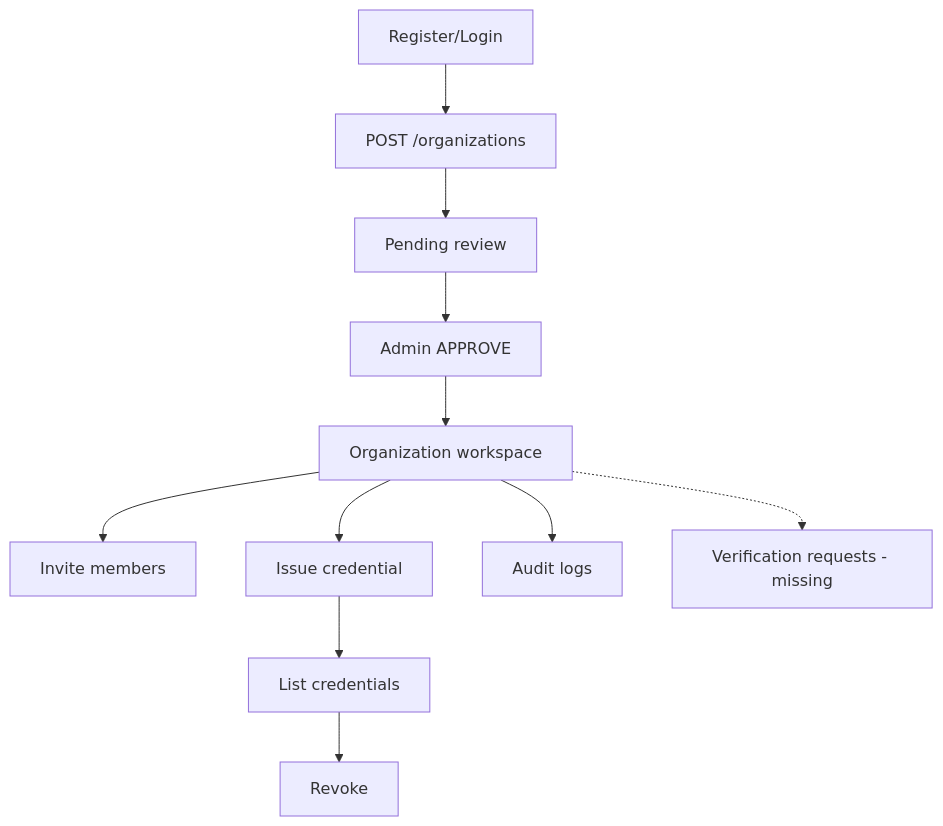
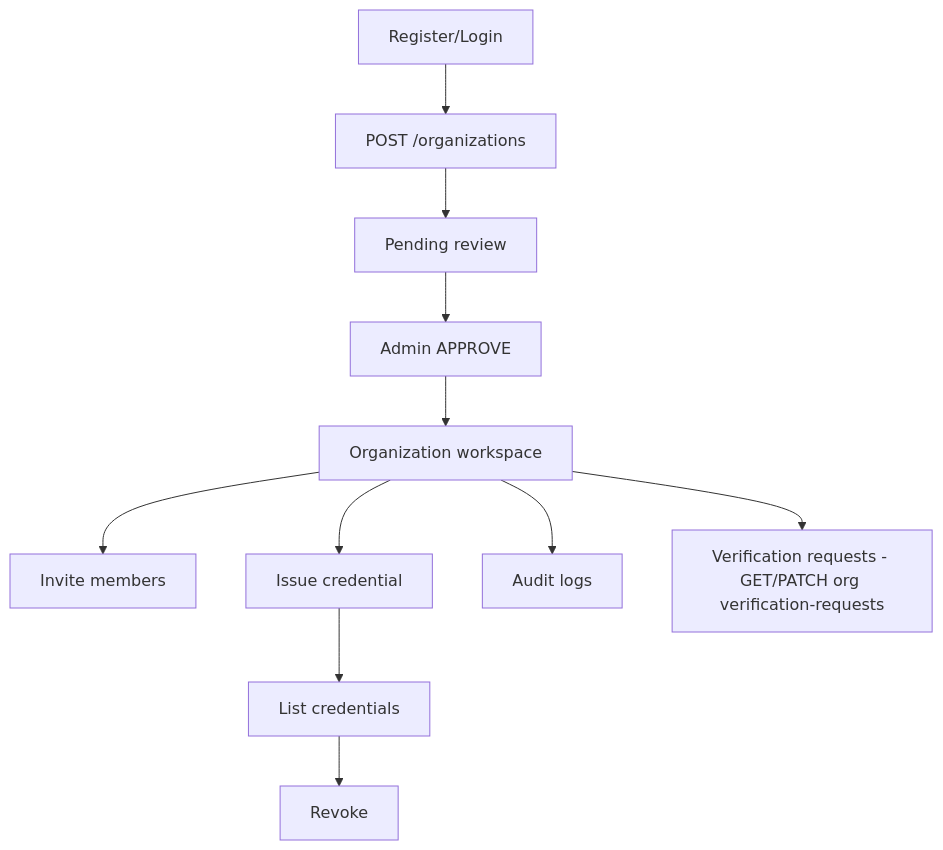
One commit to verifieddoc-team/verifieddoc-platform changed the fourth of 4 diagrams in docs/FIGMA-USER-FLOW.md. Above: the diagram before and after it, drawn with Mermaid. The commit also changed other lines of this file and 5 other files, not shown here.

````diff
--- a/docs/FIGMA-USER-FLOW.md
+++ b/docs/FIGMA-USER-FLOW.md
@@ -393,13 +395,13 @@
 ```mermaid
 flowchart TD
   L[Register/Login] --> A[POST /organizations]
   A --> P[Pending review]
   P --> APR[Admin APPROVE]
   APR --> W[Organization workspace]
   W --> INV[Invite members]
   W --> ISS[Issue credential]
   ISS --> LIST[List credentials]
   LIST --> REV[Revoke]
   W --> AUD[Audit logs]
-  W -.-> VR[Verification requests - missing]
+  W --> VR[Verification requests - GET/PATCH org verification-requests]
 ```
````
